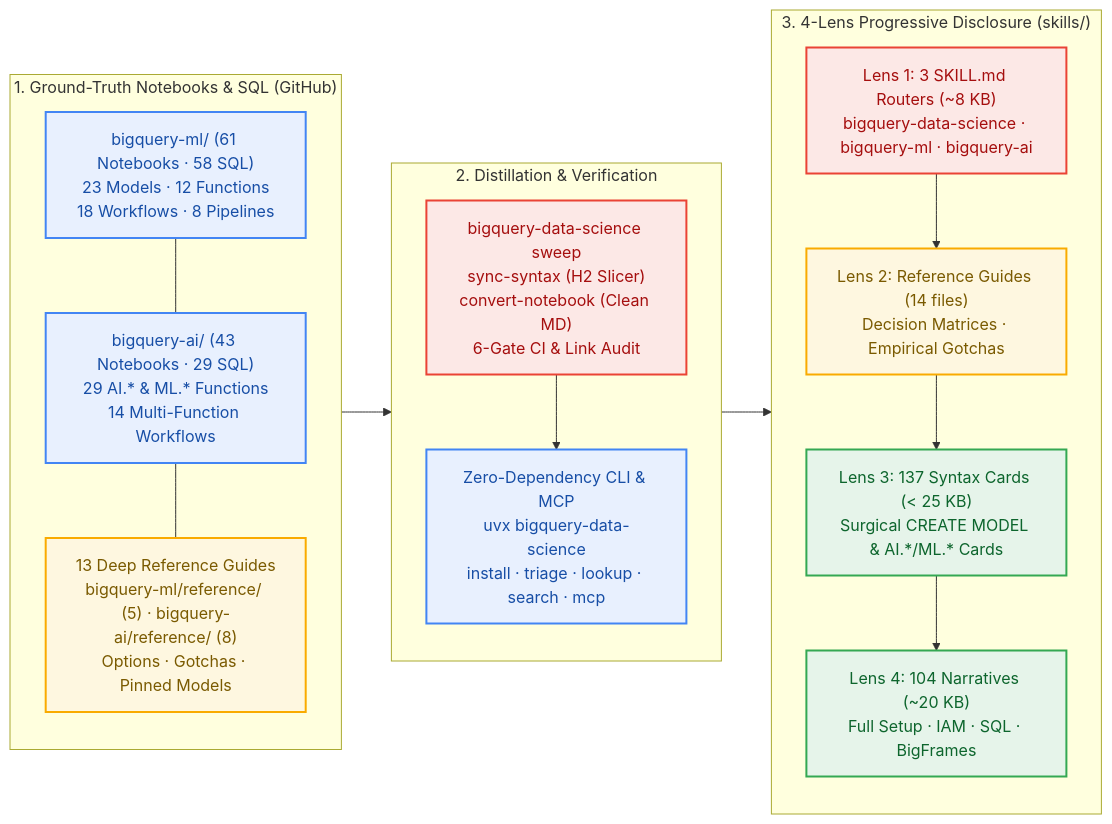
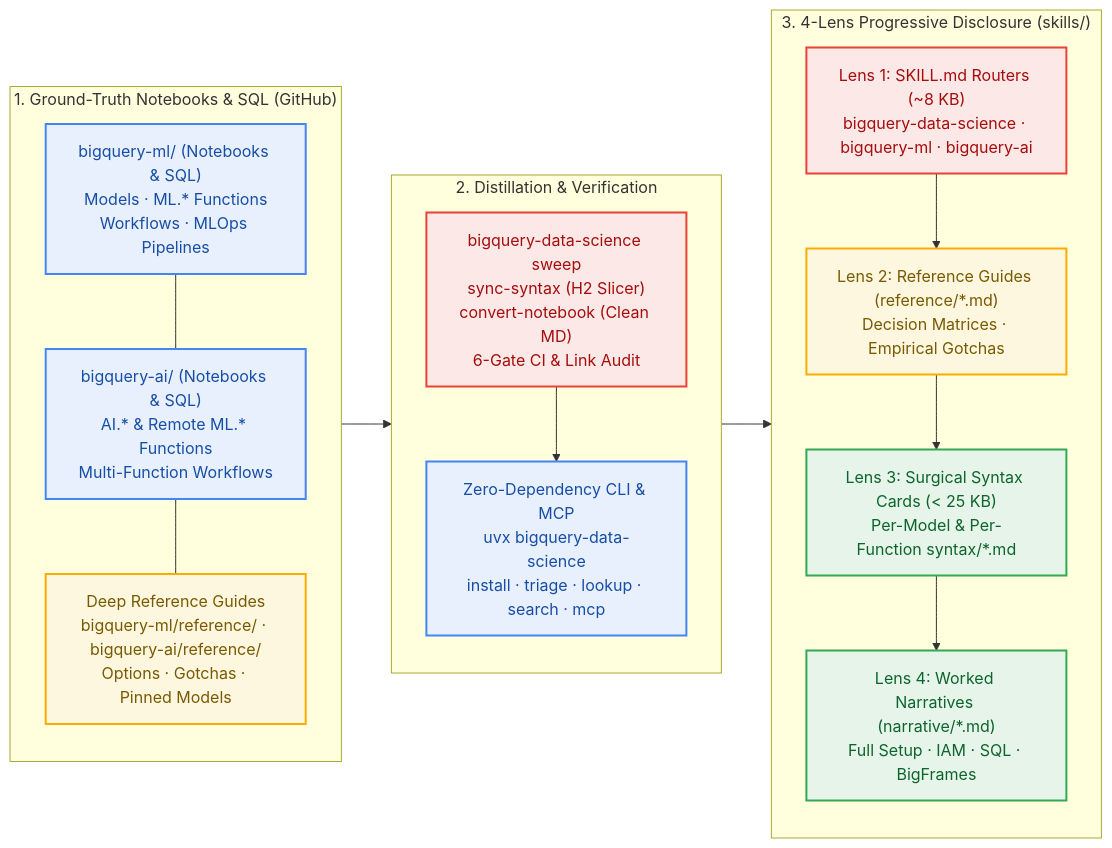
One commit to statmike/gcp-mlops changed the diagram in agent-skills/README.md. Above: the diagram before and after it, drawn with Mermaid. The commit also changed other lines of this file and 5 other files, not shown here.

````diff
--- a/agent-skills/README.md
+++ b/agent-skills/README.md
@@ -62,35 +62,35 @@
 ```mermaid
 flowchart LR
     subgraph GT["1. Ground-Truth Notebooks & SQL (GitHub)"]
         direction TB
-        BQML["bigquery-ml/ (61 Notebooks · 58 SQL)<br/>23 Models · 12 Functions<br/>18 Workflows · 8 Pipelines"]
-        BQAI["bigquery-ai/ (43 Notebooks · 29 SQL)<br/>29 AI.* & ML.* Functions<br/>14 Multi-Function Workflows"]
-        REFS["13 Deep Reference Guides<br/>bigquery-ml/reference/ (5) · bigquery-ai/reference/ (8)<br/>Options · Gotchas · Pinned Models"]
+        BQML["bigquery-ml/ (Notebooks & SQL)<br/>Models · ML.* Functions<br/>Workflows · MLOps Pipelines"]
+        BQAI["bigquery-ai/ (Notebooks & SQL)<br/>AI.* & Remote ML.* Functions<br/>Multi-Function Workflows"]
+        REFS["Deep Reference Guides<br/>bigquery-ml/reference/ · bigquery-ai/reference/<br/>Options · Gotchas · Pinned Models"]
         BQML --- BQAI --- REFS
     end
     subgraph SYNC["2. Distillation & Verification"]
         direction TB
         SWEEP["bigquery-data-science sweep<br/>sync-syntax (H2 Slicer)<br/>convert-notebook (Clean MD)<br/>6-Gate CI & Link Audit"]
         CLI["Zero-Dependency CLI & MCP<br/>uvx bigquery-data-science<br/>install · triage · lookup · search · mcp"]
         SWEEP --> CLI
     end
     subgraph LENS["3. 4-Lens Progressive Disclosure (skills/)"]
         direction TB
-        L1["Lens 1: 3 SKILL.md Routers (~8 KB)<br/>bigquery-data-science · bigquery-ml · bigquery-ai"]
-        L2["Lens 2: Reference Guides (14 files)<br/>Decision Matrices · Empirical Gotchas"]
-        L3["Lens 3: 137 Syntax Cards (< 25 KB)<br/>Surgical CREATE MODEL & AI.*/ML.* Cards"]
-        L4["Lens 4: 104 Narratives (~20 KB)<br/>Full Setup · IAM · SQL · BigFrames"]
+        L1["Lens 1: SKILL.md Routers (~8 KB)<br/>bigquery-data-science · bigquery-ml · bigquery-ai"]
+        L2["Lens 2: Reference Guides (reference/*.md)<br/>Decision Matrices · Empirical Gotchas"]
+        L3["Lens 3: Surgical Syntax Cards (< 25 KB)<br/>Per-Model & Per-Function syntax/*.md"]
+        L4["Lens 4: Worked Narratives (narrative/*.md)<br/>Full Setup · IAM · SQL · BigFrames"]
         L1 --> L2 --> L3 --> L4
     end
 
     GT --> SYNC --> LENS
 
     classDef data fill:#E8F0FE,stroke:#4285F4,stroke-width:2px,color:#174EA6
     classDef config fill:#FEF7E0,stroke:#F9AB00,stroke-width:2px,color:#7A5A00
     classDef route fill:#FCE8E6,stroke:#EA4335,stroke-width:2px,color:#A50E0E
     classDef compute fill:#E6F4EA,stroke:#34A853,stroke-width:2px,color:#0D652D
     class BQML,BQAI,CLI data
     class REFS,L2 config
     class SWEEP,L1 route
     class L3,L4 compute
 ```
````
